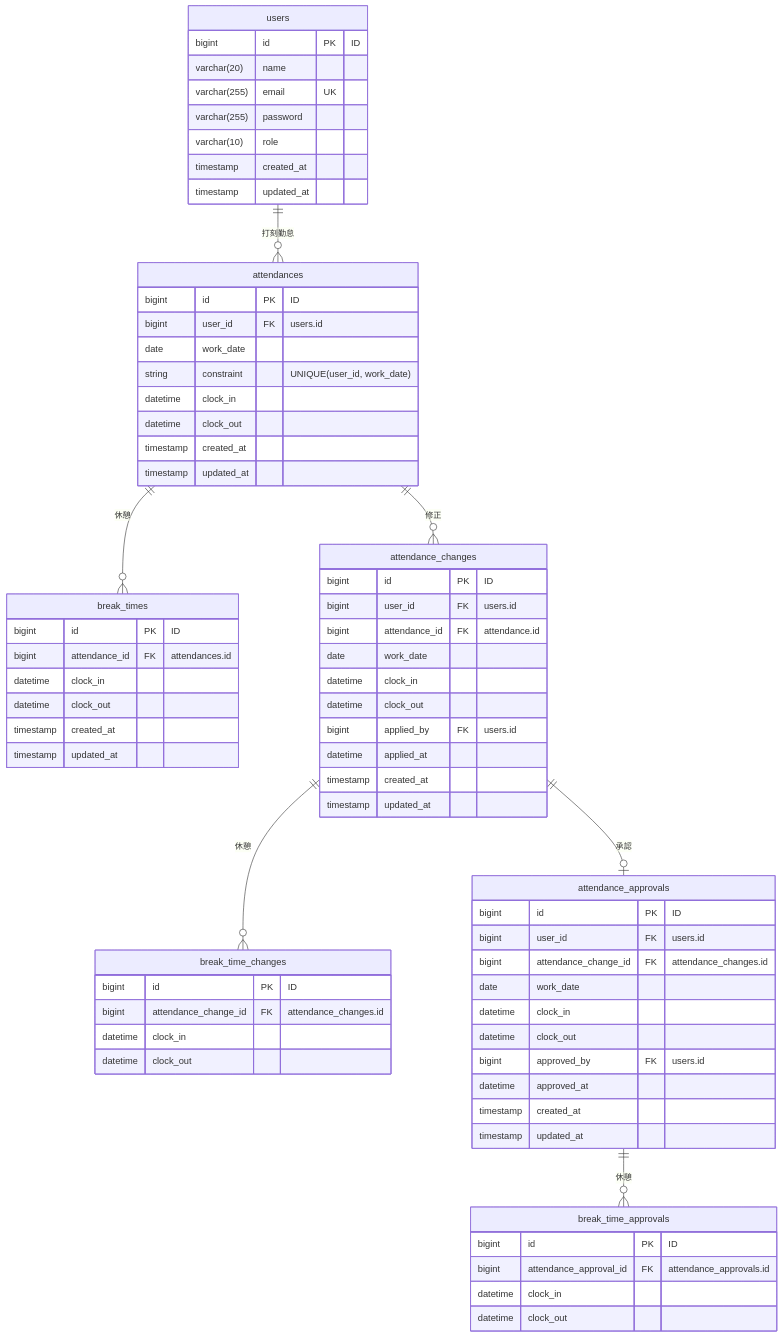
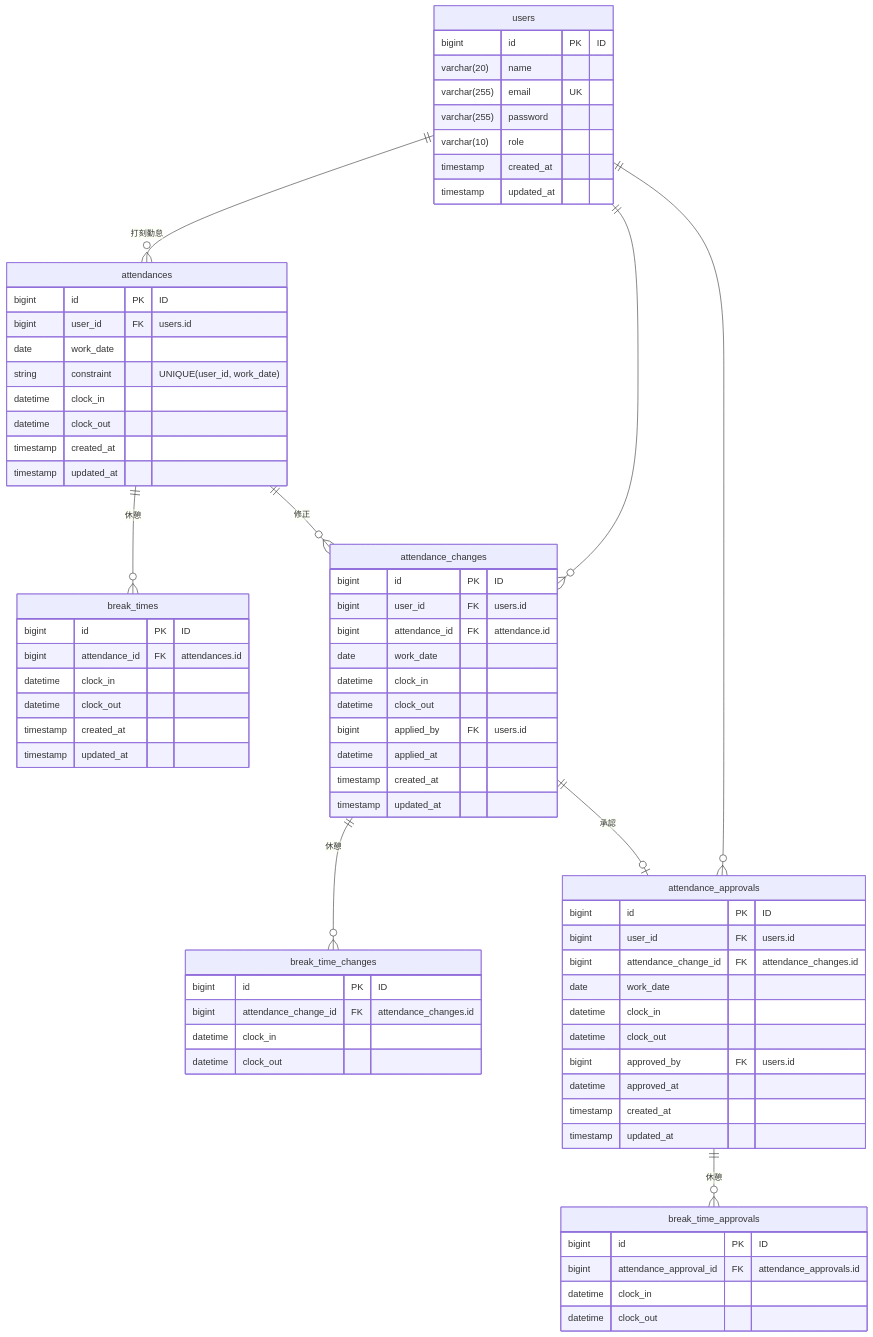
The diagram in erd.md (nozomishibutani/worklog-project), drawn with Mermaid before and after one commit. The commit also changed 1 other file, not shown here.

Commit message:
修正：ER図

```diff
--- a/erd.md
+++ b/erd.md
@@ -3,6 +3,8 @@
 erDiagram
 %%{init: {'theme': 'default'}}%%
     users ||--o{ attendances : "打刻勤怠"
+    users ||--o{ attendance_changes : ""
+    users ||--o{ attendance_approvals : ""
 
     users {
         bigint id PK "ID"
```
